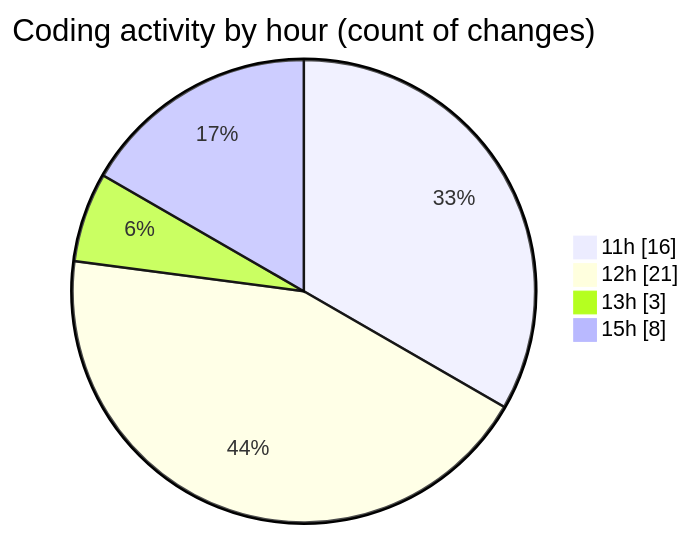
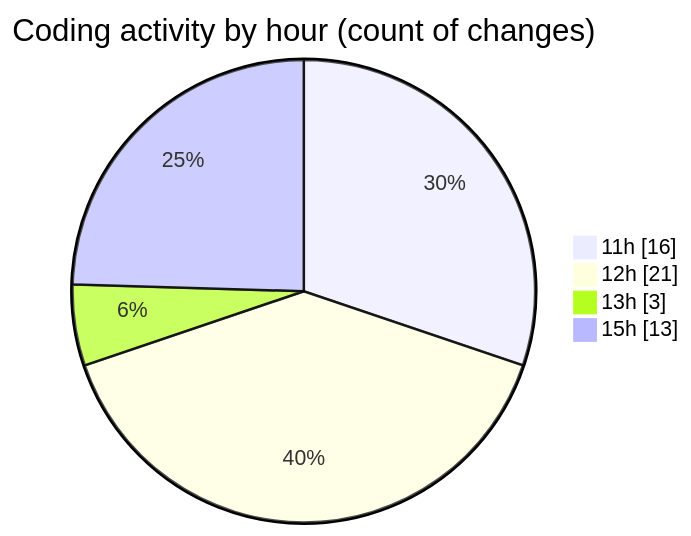
One commit to nxtqubesakshisongat/code-tracking changed the second of 2 diagrams in 2025-09-30/nxtqube_webapp/README.md. Above: the diagram before and after it, drawn with Mermaid. The commit also changed other lines of this file and 1 other file, not shown here.

````diff
--- a/2025-09-30/nxtqube_webapp/README.md
+++ b/2025-09-30/nxtqube_webapp/README.md
@@ -32,8 +32,8 @@
 ```mermaid
 pie showData
 title Coding activity by hour (count of changes)
 "11h" : 16
 "12h" : 21
 "13h" : 3
-"15h" : 8
+"15h" : 13
 ```
````
